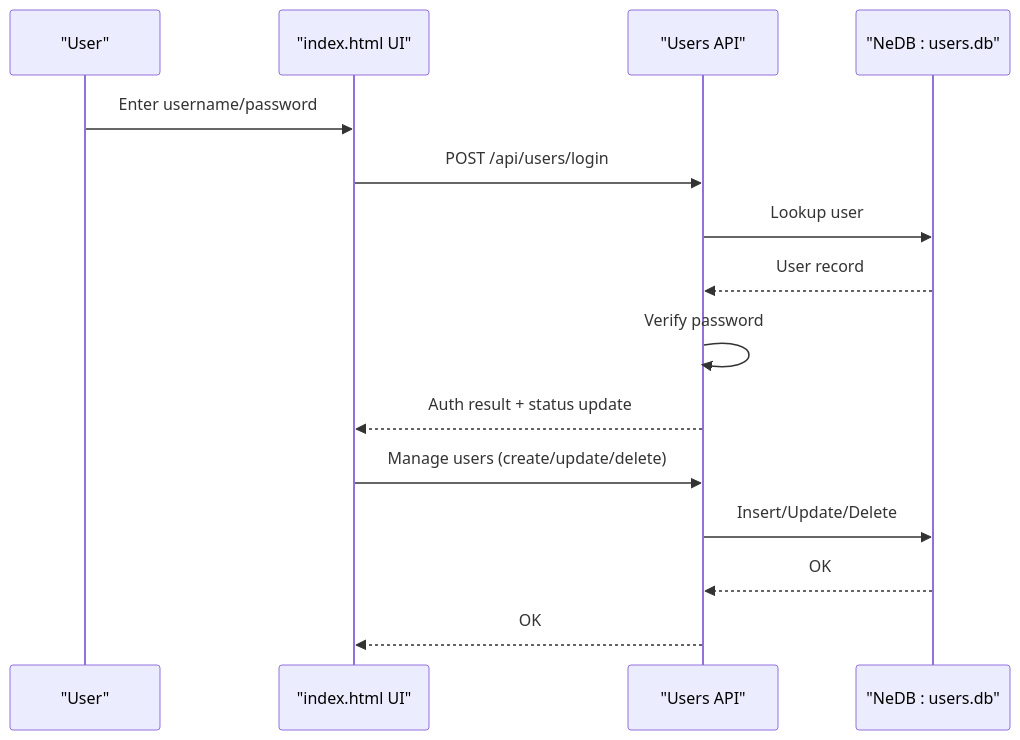
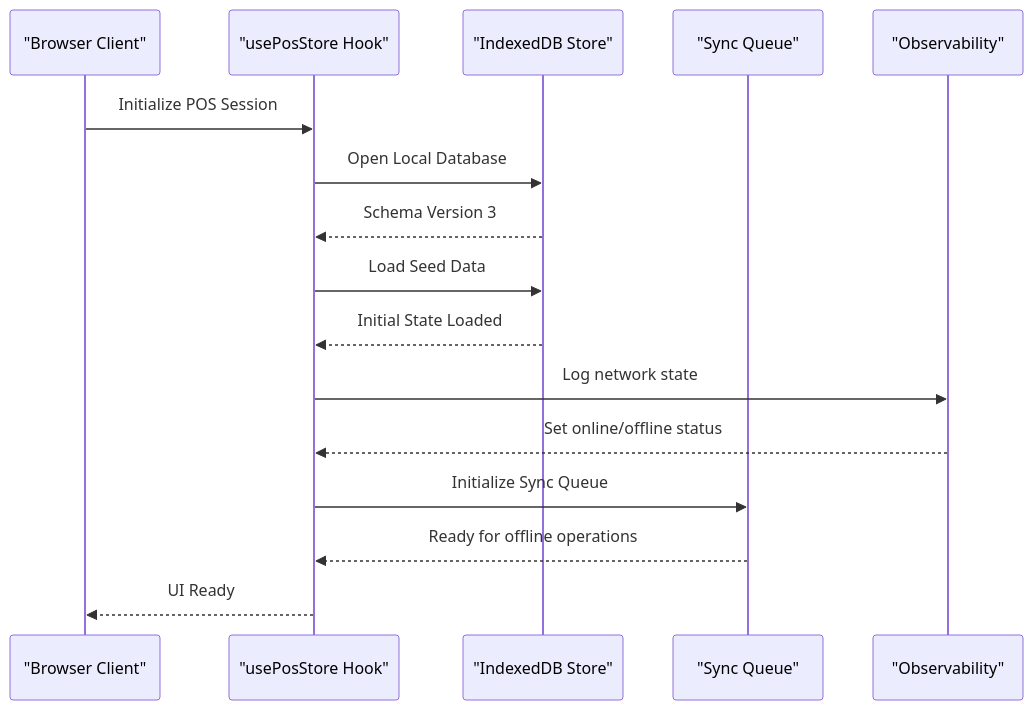
The second of 5 diagrams in .qoder/repowiki/en/content/Project Overview.md (yosefdc7/PharmaPOS), drawn with Mermaid before and after one commit. The commit also changed other lines of this file and 28 other files, not shown here.

````diff
--- a/.qoder/repowiki/en/content/Project Overview.md
+++ b/.qoder/repowiki/en/content/Project Overview.md
@@ -203,17 +135,18 @@
 ```mermaid
 sequenceDiagram
-participant U as "User"
-participant UI as "index.html UI"
-participant API as "Users API"
-participant DB as "NeDB : users.db"
-U->>UI : Enter username/password
-UI->>API : POST /api/users/login
-API->>DB : Lookup user
-DB-->>API : User record
-API->>API : Verify password
-API-->>UI : Auth result + status update
-UI->>API : Manage users (create/update/delete)
-API->>DB : Insert/Update/Delete
-DB-->>API : OK
-API-->>UI : OK
+participant Browser as "Browser Client"
+participant Store as "usePosStore Hook"
+participant DB as "IndexedDB Store"
+participant Sync as "Sync Queue"
+participant Observer as "Observability"
+Browser->>Store : Initialize POS Session
+Store->>DB : Open Local Database
+DB-->>Store : Schema Version 3
+Store->>DB : Load Seed Data
+DB-->>Store : Initial State Loaded
+Store->>Observer : Log network state
+Observer-->>Store : Set online/offline status
+Store->>Sync : Initialize Sync Queue
+Sync-->>Store : Ready for offline operations
+Store-->>Browser : UI Ready
 ```
````
